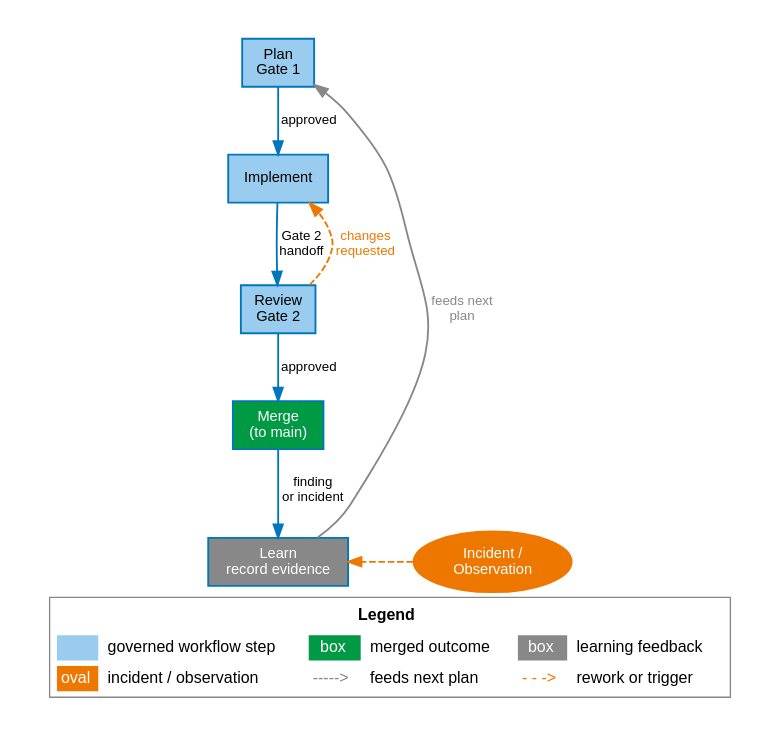
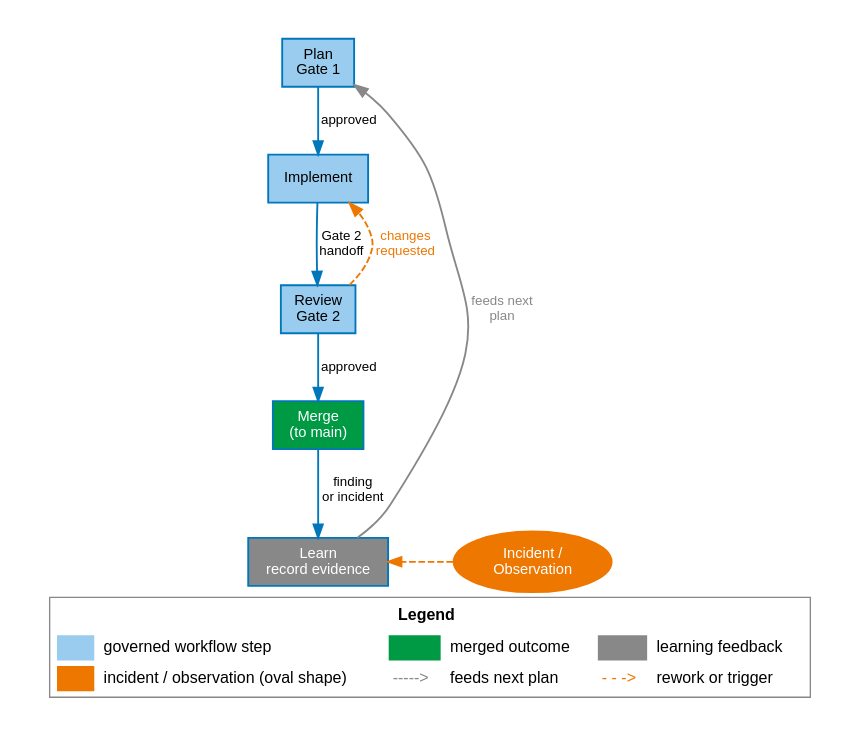
The diagram in agf/docs/figures/src/governance-loop.dot (janipaijanen/agf-mirror), drawn with Graphviz before and after one commit. The commit also changed 15 other files, not shown here.

First line of the commit message:
fix: remove leftover shape-name text from diagram legend swatches

```diff
--- a/agf/docs/figures/src/governance-loop.dot
+++ b/agf/docs/figures/src/governance-loop.dot
@@ -1,45 +1,45 @@
 // SPDX-License-Identifier: CC-BY-SA-4.0
 // agents-govern: self-applied governance loop
 // Generate: dot -Tsvg governance-loop.dot -o ../governance-loop.svg
 digraph governance_loop {
     graph [rankdir=TB, splines=spline, pad=0.3, nodesep=0.35, ranksep=0.55,
            bgcolor=white, fontname="Helvetica", fontsize=12, labelloc=b, label=<
         <TABLE BORDER="1" CELLBORDER="0" CELLSPACING="4" CELLPADDING="3" COLOR="#888888" BGCOLOR="white">
             <TR><TD COLSPAN="6"><B>Legend</B></TD></TR>
             <TR>
                 <TD BGCOLOR="#99CCEE" WIDTH="28"></TD><TD ALIGN="LEFT">governed workflow step</TD>
-                <TD BGCOLOR="#009944" WIDTH="28"><FONT COLOR="white">box</FONT></TD><TD ALIGN="LEFT">merged outcome</TD>
-                <TD BGCOLOR="#888888" WIDTH="28"><FONT COLOR="white">box</FONT></TD><TD ALIGN="LEFT">learning feedback</TD>
+                <TD BGCOLOR="#009944" WIDTH="28"></TD><TD ALIGN="LEFT">merged outcome</TD>
+                <TD BGCOLOR="#888888" WIDTH="28"></TD><TD ALIGN="LEFT">learning feedback</TD>
             </TR>
             <TR>
-                <TD BGCOLOR="#EE7700" WIDTH="28"><FONT COLOR="white">oval</FONT></TD><TD ALIGN="LEFT">incident / observation</TD>
+                <TD BGCOLOR="#EE7700" WIDTH="28"></TD><TD ALIGN="LEFT">incident / observation (oval shape)</TD>
                 <TD><FONT COLOR="#888888">-----&gt;</FONT></TD><TD ALIGN="LEFT">feeds next plan</TD>
                 <TD><FONT COLOR="#EE7700">- - -&gt;</FONT></TD><TD ALIGN="LEFT">rework or trigger</TD>
             </TR>
         </TABLE>
     >]
     node  [fontname="Helvetica", fontsize=11, style=filled, shape=box,
            fillcolor="#99CCEE", color="#0077BB", penwidth=1.4]
     edge  [fontname="Helvetica", fontsize=10, color="#0077BB", penwidth=1.4]
 
     plan     [label="Plan\nGate 1", fillcolor="#99CCEE"]
     implement [label="Implement"]
     review   [label="Review\nGate 2", fillcolor="#99CCEE"]
     merge    [label="Merge\n(to main)", fillcolor="#009944", fontcolor=white]
     learn    [label="Learn\nrecord evidence", fillcolor="#888888", fontcolor=white]
     incident [label="Incident /\nObservation", shape=ellipse, fillcolor="#EE7700",
               fontcolor=white, color="#EE7700"]
 
     plan     -> implement [label="approved"]
     implement -> review   [label="Gate 2\nhandoff"]
     review   -> merge     [label="approved"]
     review   -> implement [label="changes\nrequested", style=dashed,
                            color="#EE7700", fontcolor="#EE7700",
                            constraint=false]
     merge    -> learn     [label="finding\nor incident"]
     incident -> learn     [style=dashed, color="#EE7700", constraint=false]
     learn    -> plan      [label="feeds next\nplan", color="#888888",
                            fontcolor="#888888", constraint=false]
 
     { rank=same; incident; learn }
 }
```
